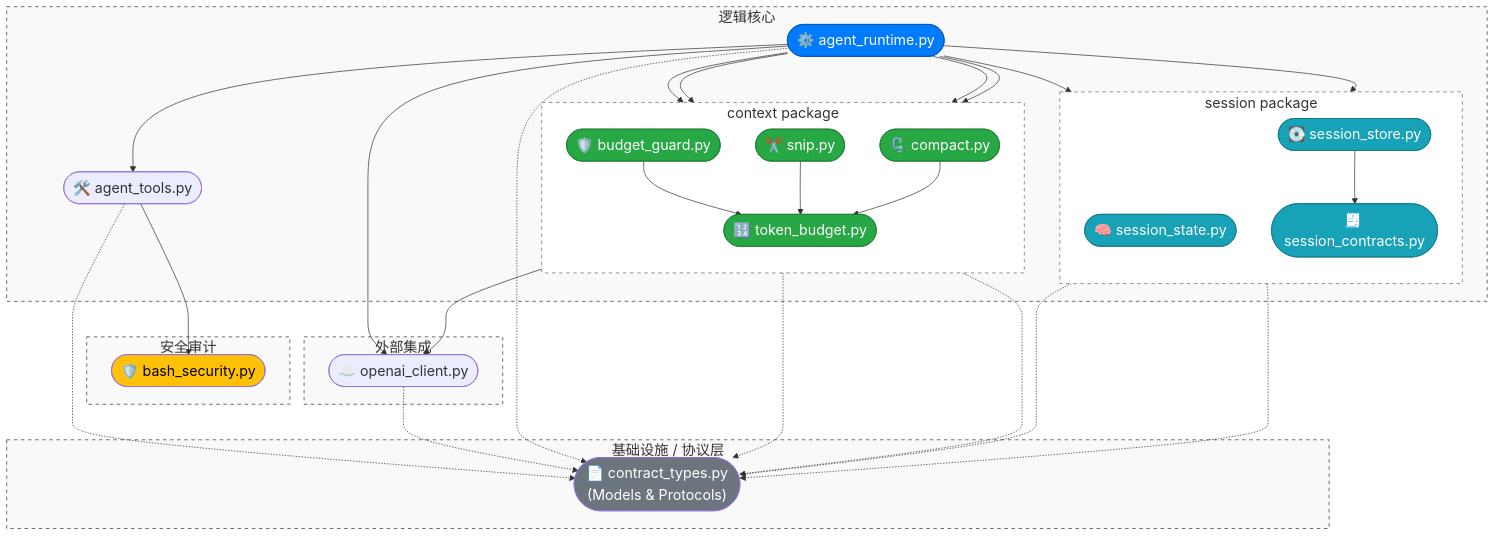
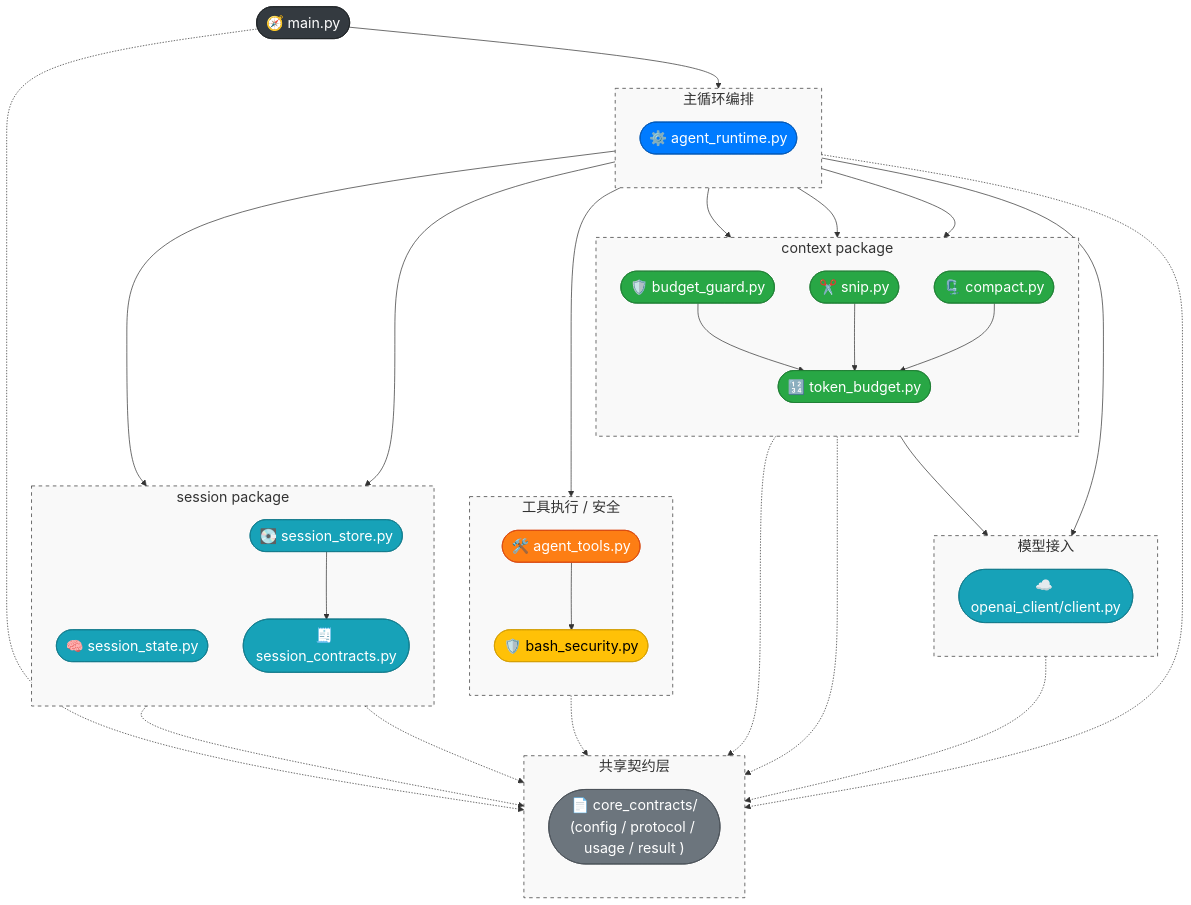
One commit to WenXingming/ClawCodeAgent changed the diagram in docs/Architecture.md. Above: the diagram before and after it, drawn with Mermaid. The commit also changed other lines of this file and 39 other files, not shown here.

Commit message:
Refactor: 重构包结构和 test 结构，更新 Architecture 架构图

````diff
--- a/docs/Architecture.md
+++ b/docs/Architecture.md
@@ -16,90 +18,114 @@
         "fontSize": "20px"
     },
     "flowchart": {
-        "curve": "basis" 
+        "curve": "basis",
+        "nodeSpacing": 50,
+        "rankSpacing": 70
     }
 }}%%
 
-graph TD
-    %% 全局样式设置
-    accTitle: Agent System Architecture
-    accDescr: A diagram showing the module dependencies of an AI agent system.
+graph TB
+    accTitle: ClawCodeAgent Module Architecture and Dependencies
+    accDescr: Clean layered architecture with minimized edge crossings.
 
-    %% 模块分组
-    subgraph Infrastructure [基础设施 / 协议层]
-        n_contract(["📄 contract_types.py<br/>(Models & Protocols)"])
-        style Infrastructure fill:#f9f9f9,stroke:#333,stroke-dasharray: 5 5
+    %% ================= Top =================
+    main(["🧭 main.py"])
+
+    %% ================= Runtime =================
+    subgraph Runtime [主循环编排]
+        direction TB
+        n_runtime(["⚙️ agent_runtime.py"])
+        style Runtime fill:#f9f9f9,stroke:#333,stroke-dasharray: 5 5
     end
 
-    subgraph Security [安全审计]
-        n_bash_security(["🛡️ bash_security.py"])
-        style Security fill:#f9f9f9,stroke:#333,stroke-dasharray: 5 5
-    end
-
-    subgraph External [外部集成]
-        n_openai(["☁️ openai_client.py"])
+    %% ================= Core Infra（关键：上移） =================
+    subgraph External [模型接入]
+        direction TB
+        n_openai_client(["☁️ openai_client/client.py"])
         style External fill:#f9f9f9,stroke:#333,stroke-dasharray: 5 5
     end
 
-    subgraph Core [逻辑核心]
-        n_runtime(["⚙️ agent_runtime.py"])
-        n_tools(["🛠️ agent_tools.py"])
-
-        subgraph SessionPkg [session package]
-            direction TB
-            n_session_state(["🧠 session_state.py"])
-            n_session_contracts(["🧾 session_contracts.py"])
-            n_session_store(["💽 session_store.py"])
-        end
-
-        subgraph ContextPkg [context package]
-            direction TB
-            n_token_budget(["🔢 token_budget.py"])
-            n_budget_guard(["🛡️ budget_guard.py"])
-            n_snip(["✂️ snip.py"])
-            n_compact(["🗜️ compact.py"])
-        end
-
-        style Core fill:#f9f9f9,stroke:#333,stroke-dasharray: 5 5
+    %% ================= Context（左） =================
+    subgraph ContextPkg [context package]
+        direction TB
+        n_budget_guard(["🛡️ budget_guard.py"])
+        n_snip(["✂️ snip.py"])
+        n_compact(["🗜️ compact.py"])
+        n_token_budget(["🔢 token_budget.py"])
+        style ContextPkg fill:#f9f9f9,stroke:#333,stroke-dasharray: 5 5
     end
 
-    %% 业务逻辑依赖 (实线)
+    %% ================= Tooling（右） =================
+    subgraph Tooling [工具执行 / 安全]
+        direction TB
+        n_tools(["🛠️ agent_tools.py"])
+        n_bash_security(["🛡️ bash_security.py"])
+        style Tooling fill:#f9f9f9,stroke:#333,stroke-dasharray: 5 5
+    end
+
+    %% ================= Session（下） =================
+    subgraph SessionPkg [session package]
+        direction TB
+        n_session_state(["🧠 session_state.py"])
+        n_session_store(["💽 session_store.py"])
+        n_session_contracts(["🧾 session_contracts.py"])
+        style SessionPkg fill:#f9f9f9,stroke:#333,stroke-dasharray: 5 5
+    end
+
+    %% ================= Contracts（最底） =================
+    subgraph Contracts [共享契约层]
+        direction TB
+        n_core_contracts(["📄 core_contracts/<br/>(config / protocol / usage / result )"])
+        style Contracts fill:#f9f9f9,stroke:#333,stroke-dasharray: 5 5
+    end
+
+    %% ================= 主链路 =================
+    main --> n_runtime
+
+    n_runtime --> n_openai_client
+    n_runtime --> n_tools
     n_runtime --> n_session_state
     n_runtime --> n_session_store
-    n_session_store --> n_session_contracts
-    n_runtime --> n_tools
-    n_runtime --> n_openai
     n_runtime --> n_budget_guard
-    n_runtime --> n_token_budget
     n_runtime --> n_snip
     n_runtime --> n_compact
+
+    %% ================= 工具 =================
+    n_tools --> n_bash_security
+
+    %% ================= Session =================
+    n_session_store --> n_session_contracts
+
+    %% ================= Context =================
     n_budget_guard --> n_token_budget
     n_snip --> n_token_budget
     n_compact --> n_token_budget
-    n_compact --> n_openai
-    
-    n_tools --> n_bash_security
-    
-    %% 数据协议依赖 (虚线，避免视觉干扰)
-    n_session_state -.-> n_contract
-    n_session_contracts -.-> n_contract
-    n_tools -.-> n_contract
-    n_openai -.-> n_contract
-    n_runtime -.-> n_contract
-    n_budget_guard -.-> n_contract
-    n_compact -.-> n_contract
 
-    %% 自定义节点颜色 (继承你原有的配色)
+    %% ⭐ 关键：缩短跨线（现在是“垂直短边”）
+    n_compact --> n_openai_client
+
+    %% ================= Contracts（全部下沉收敛） =================
+    main -.-> n_core_contracts
+    n_runtime -.-> n_core_contracts
+    n_tools -.-> n_core_contracts
+    n_openai_client -.-> n_core_contracts
+    n_session_state -.-> n_core_contracts
+    n_session_contracts -.-> n_core_contracts
+    n_budget_guard -.-> n_core_contracts
+    n_compact -.-> n_core_contracts
+
+    %% ================= 样式 =================
+    style main fill:#343a40,color:#fff,stroke:#1d2124
     style n_runtime fill:#007bff,color:#fff,stroke:#0056b3
-    style n_contract fill:#6c757d,color:#fff
-    style n_bash_security fill:#ffc107,color:#000
-    style SessionPkg fill:#ffffff,stroke:#666,stroke-dasharray: 5 5
+    style n_core_contracts fill:#6c757d,color:#fff,stroke:#495057
+    style n_openai_client fill:#17a2b8,color:#fff,stroke:#117a8b
+    style n_bash_security fill:#ffc107,color:#000,stroke:#d39e00
     style n_session_state fill:#17a2b8,color:#fff,stroke:#117a8b
     style n_session_contracts fill:#17a2b8,color:#fff,stroke:#117a8b
     style n_session_store fill:#17a2b8,color:#fff,stroke:#117a8b
-    style ContextPkg fill:#ffffff,stroke:#666,stroke-dasharray: 5 5
     style n_token_budget fill:#28a745,color:#fff,stroke:#1e7e34
     style n_budget_guard fill:#28a745,color:#fff,stroke:#1e7e34
     style n_snip fill:#28a745,color:#fff,stroke:#1e7e34
     style n_compact fill:#28a745,color:#fff,stroke:#1e7e34
+    style n_tools fill:#fd7e14,color:#fff,stroke:#d9480f
 ```
````
